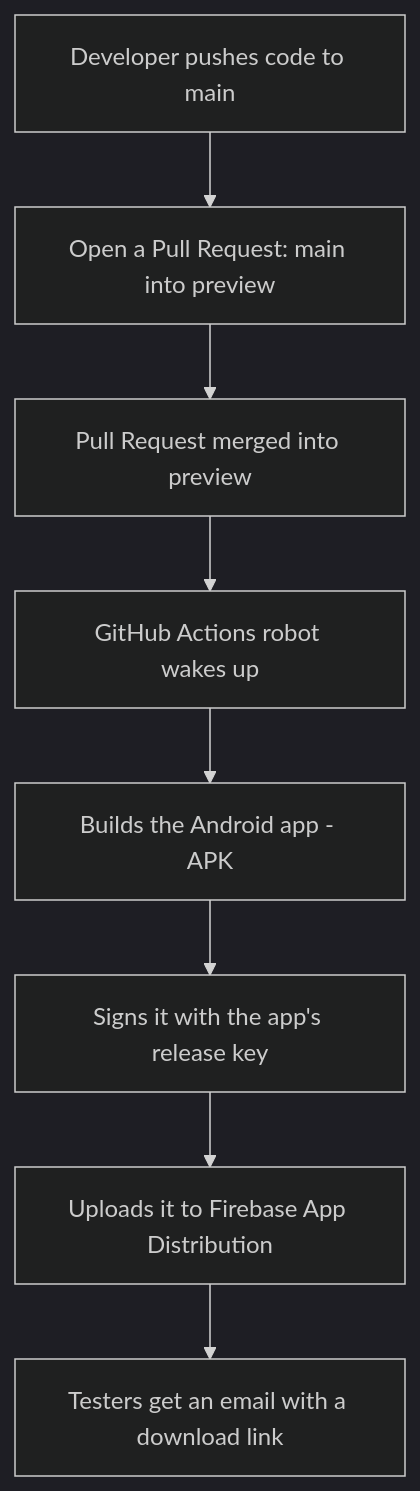
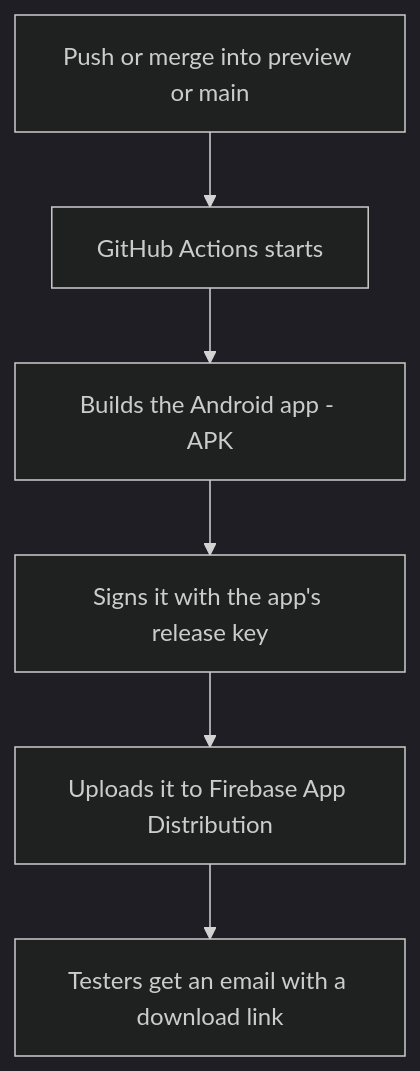
Before and after one commit to Anandha-scraper/NooLure: the diagram in Noolure.md, drawn with Mermaid (dark theme). The commit also changed other lines of this file and 4 other files, not shown here.

Commit message:
ci: restore Android Firebase distribution on preview and main

````diff
--- a/Noolure.md
+++ b/Noolure.md
@@ -11,10 +11,8 @@
 ```mermaid
 flowchart TD
-    A[Developer pushes code to main] --> B[Open a Pull Request: main into preview]
-    B --> C[Pull Request merged into preview]
-    C --> D[GitHub Actions robot wakes up]
+    A[Push or merge into preview or main] --> D[GitHub Actions starts]
     D --> E[Builds the Android app - APK]
     E --> F[Signs it with the app's release key]
     F --> G[Uploads it to Firebase App Distribution]
     G --> H[Testers get an email with a download link]
 ```
````
